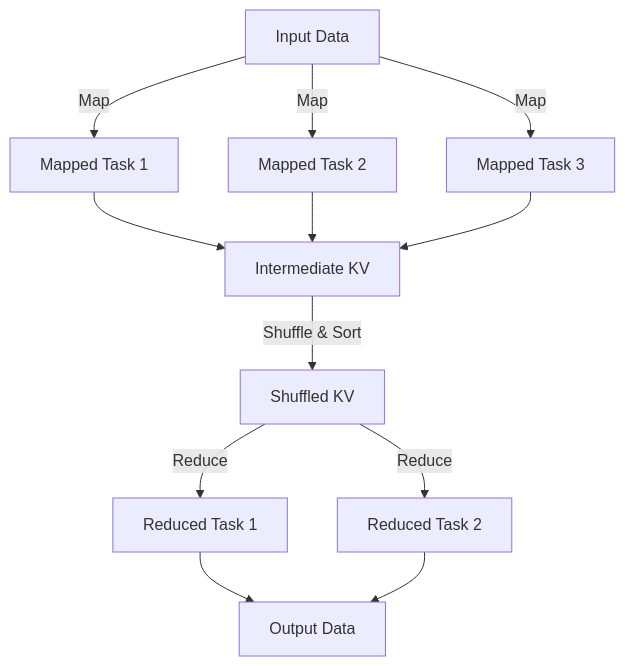
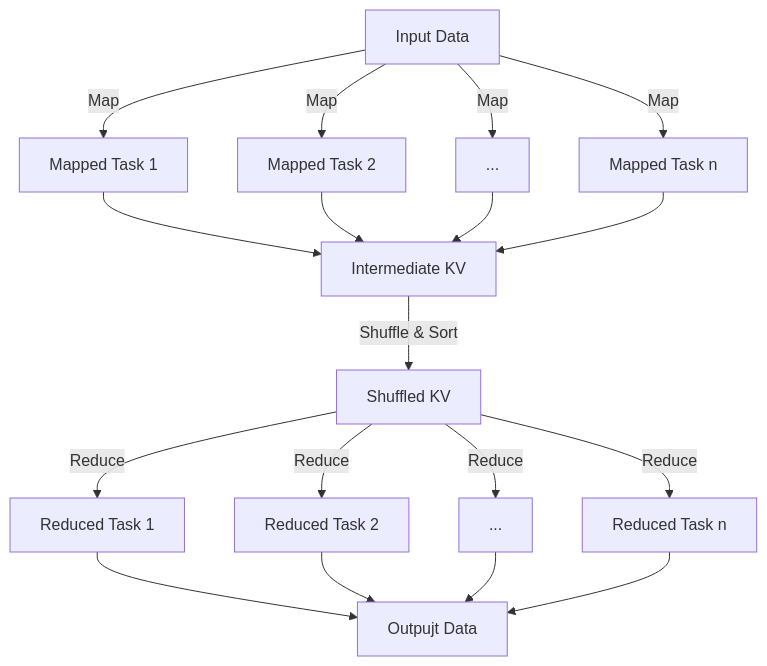
Before and after one commit to oadultradeepfield/minimapreduce: the diagram in README.md, drawn with Mermaid. The commit also changed other lines of this file, not shown here.

Commit message:
chore: improve mermaid diagram

````diff
--- a/README.md
+++ b/README.md
@@ -53,15 +53,26 @@
 ```mermaid
 graph TB
     A[Input Data]
+
     A -- Map --> B1[Mapped Task 1]
     A -- Map --> B2[Mapped Task 2]
-    A -- Map --> B3[Mapped Task 3]
+    A -- Map --> Bx[...]
+    A -- Map --> Bn[Mapped Task n]
+
     B1 --> D[Intermediate KV]
     B2 --> D
-    B3 --> D
+    Bx --> D
+    Bn --> D
+
     D -- Shuffle & Sort --> E[Shuffled KV]
+
     E -- Reduce --> F1[Reduced Task 1]
     E -- Reduce --> F2[Reduced Task 2]
-    F1 --> G[Output Data]
+    E -- Reduce --> Fx[...]
+    E -- Reduce --> Fn[Reduced Task n]
+
+    F1 --> G[Outpujt Data]
     F2 --> G
+    Fx --> G
+    Fn --> G
 ```
````
